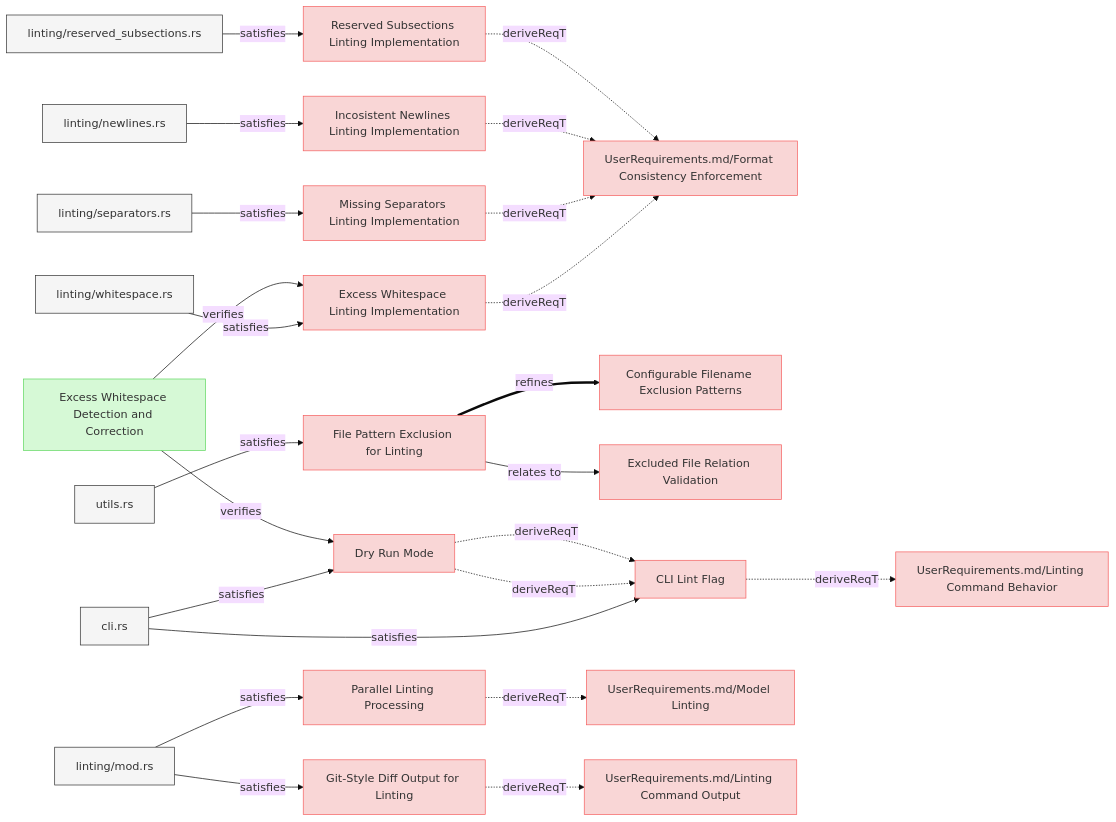
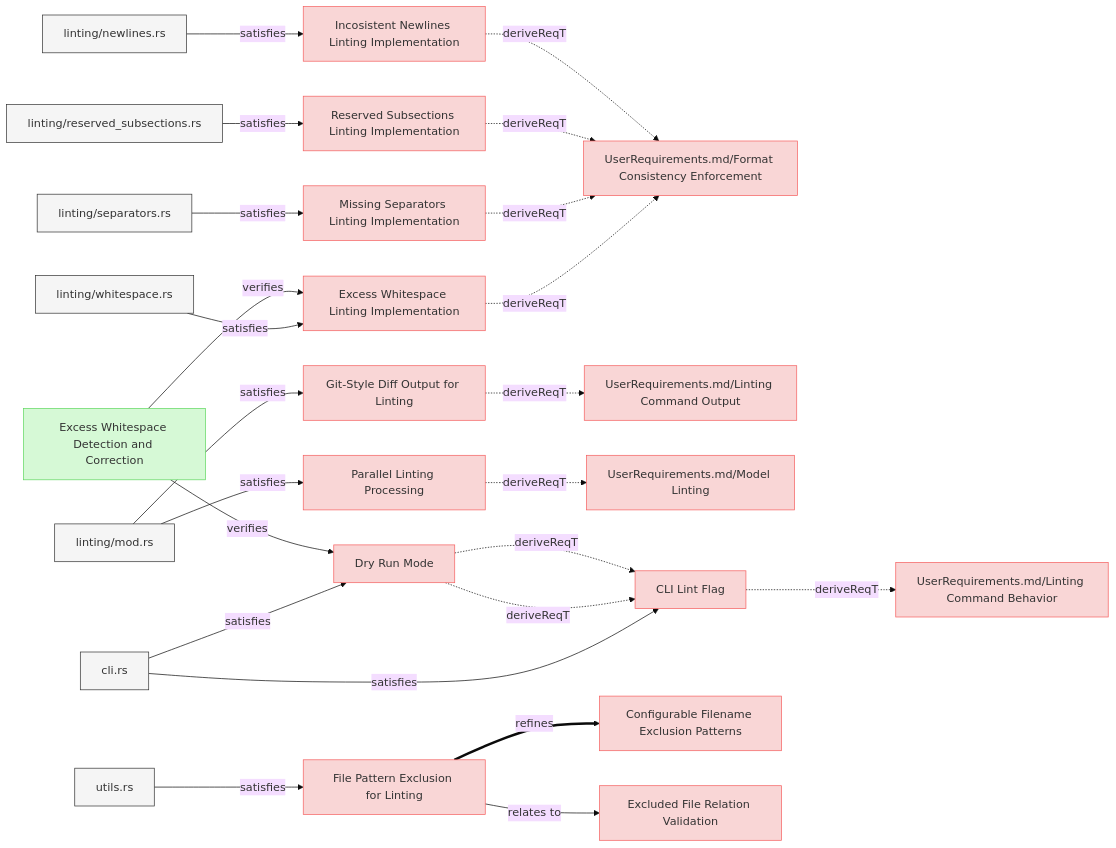
Before and after one commit to reqvire-org/reqvire: the first of 8 diagrams in specifications/SystemRequirements/Requirements.md, drawn with Mermaid (base theme). The commit also changed other lines of this file and 92 other files, not shown here.

````diff
--- a/specifications/SystemRequirements/Requirements.md
+++ b/specifications/SystemRequirements/Requirements.md
@@ -16,29 +16,33 @@
   class 81758bdb22 requirement;
   click 81758bdb22 "../UserRequirements.md#format-consistency-enforcement";
   3f3d3f9ccb -.->|deriveReqT| 81758bdb22;
-  defc3a45e2["linting/whitespace.rs"];
-  class defc3a45e2 default;
-  click defc3a45e2 "../../src/linting/whitespace.rs";
-  defc3a45e2 -->|satisfies| 3f3d3f9ccb;
+  bb06efd0b8["linting/whitespace.rs"];
+  class bb06efd0b8 default;
+  click bb06efd0b8 "../../core/src/linting/whitespace.rs";
+  bb06efd0b8 -->|satisfies| 3f3d3f9ccb;
   4cd0fe733f["Excess Whitespace Detection and Correction"];
   class 4cd0fe733f verification;
   click 4cd0fe733f "../Verifications/LintingTests.md#excess-whitespace-detection-and-correction";
   4cd0fe733f -->|verifies| 3f3d3f9ccb;
-  45770e9b31["File Pattern Exclusion for Linting"];
-  click 45770e9b31 "Requirements.md#file-pattern-exclusion-for-linting";
-  class 45770e9b31 requirement;
-  cc8128cae3["Configurable Filename Exclusion Patterns"];
-  class cc8128cae3 requirement;
-  click cc8128cae3 "Requirements.md#configurable-filename-exclusion-patterns";
-  45770e9b31 ==>|refines| cc8128cae3;
-  5962484230["utils.rs"];
-  class 5962484230 default;
-  click 5962484230 "../../src/utils.rs";
-  5962484230 -->|satisfies| 45770e9b31;
-  c5c85bedd1["Excluded File Relation Validation"];
-  class c5c85bedd1 requirement;
-  click c5c85bedd1 "Requirements.md#excluded-file-relation-validation";
-  45770e9b31 -->|relates to| c5c85bedd1;
+  63f1cd4974["Git-Style Diff Output for Linting"];
+  click 63f1cd4974 "Requirements.md#git-style-diff-output-for-linting";
+  class 63f1cd4974 requirement;
+  808b1863c8["UserRequirements.md/Linting Command Output"];
+  class 808b1863c8 requirement;
+  click 808b1863c8 "../UserRequirements.md#linting-command-output";
+  63f1cd4974 -.->|deriveReqT| 808b1863c8;
+  8b47697e4e["linting/mod.rs"];
+  class 8b47697e4e default;
+  click 8b47697e4e "../../core/src/linting/mod.rs";
+  8b47697e4e -->|satisfies| 63f1cd4974;
+  66aa36deca["Parallel Linting Processing"];
+  click 66aa36deca "Requirements.md#parallel-linting-processing";
+  class 66aa36deca requirement;
+  103ddb8dc3["UserRequirements.md/Model Linting"];
+  class 103ddb8dc3 requirement;
+  click 103ddb8dc3 "../UserRequirements.md#model-linting";
+  66aa36deca -.->|deriveReqT| 103ddb8dc3;
+  8b47697e4e -->|satisfies| 66aa36deca;
   fffbb22796["CLI Lint Flag"];
   click fffbb22796 "Requirements.md#cli-lint-flag";
   class fffbb22796 requirement;
@@ -46,10 +50,10 @@
   class 887a7d36ca requirement;
   click 887a7d36ca "../UserRequirements.md#linting-command";
   fffbb22796 -.->|deriveReqT| 887a7d36ca;
-  6b749da146["cli.rs"];
-  class 6b749da146 default;
-  click 6b749da146 "../../src/cli.rs";
-  6b749da146 -->|satisfies| fffbb22796;
+  11ffc4632a["cli.rs"];
+  class 11ffc4632a default;
+  click 11ffc4632a "../../cli/src/cli.rs";
+  11ffc4632a -->|satisfies| fffbb22796;
   8f2198f681["Dry Run Mode"];
   class 8f2198f681 requirement;
   click 8f2198f681 "Requirements.md#dry-run-mode";
@@ -58,46 +62,42 @@
   click dd0846393d "Requirements.md#missing-separators-linting-implementation";
   class dd0846393d requirement;
   dd0846393d -.->|deriveReqT| 81758bdb22;
-  b90e4bcdd6["linting/separators.rs"];
-  class b90e4bcdd6 default;
-  click b90e4bcdd6 "../../src/linting/separators.rs";
-  b90e4bcdd6 -->|satisfies| dd0846393d;
+  9abe404e42["linting/separators.rs"];
+  class 9abe404e42 default;
+  click 9abe404e42 "../../core/src/linting/separators.rs";
+  9abe404e42 -->|satisfies| dd0846393d;
+  193cd64638["Reserved Subsections Linting Implementation"];
+  click 193cd64638 "Requirements.md#reserved-subsections-linting-implementation";
+  class 193cd64638 requirement;
+  193cd64638 -.->|deriveReqT| 81758bdb22;
+  3aaafb0eaf["linting/reserved_subsections.rs"];
+  class 3aaafb0eaf default;
+  click 3aaafb0eaf "../../core/src/linting/indentation.rs";
+  3aaafb0eaf -->|satisfies| 193cd64638;
+  8f2198f681 -.->|deriveReqT| fffbb22796;
+  11ffc4632a -->|satisfies| 8f2198f681;
+  4cd0fe733f -->|verifies| 8f2198f681;
+  45770e9b31["File Pattern Exclusion for Linting"];
+  click 45770e9b31 "Requirements.md#file-pattern-exclusion-for-linting";
+  class 45770e9b31 requirement;
+  cc8128cae3["Configurable Filename Exclusion Patterns"];
+  class cc8128cae3 requirement;
+  click cc8128cae3 "Requirements.md#configurable-filename-exclusion-patterns";
+  45770e9b31 ==>|refines| cc8128cae3;
+  3189923c3f["utils.rs"];
+  class 3189923c3f default;
+  click 3189923c3f "../../core/src/utils.rs";
+  3189923c3f -->|satisfies| 45770e9b31;
+  c5c85bedd1["Excluded File Relation Validation"];
+  class c5c85bedd1 requirement;
+  click c5c85bedd1 "Requirements.md#excluded-file-relation-validation";
+  45770e9b31 -->|relates to| c5c85bedd1;
   f98ae394db["Incosistent Newlines Linting Implementation"];
   click f98ae394db "Requirements.md#incosistent-newlines-linting-implementation";
   class f98ae394db requirement;
   f98ae394db -.->|deriveReqT| 81758bdb22;
-  adb880afe2["linting/newlines.rs"];
-  class adb880afe2 default;
-  click adb880afe2 "../../src/linting/newlines.rs";
-  adb880afe2 -->|satisfies| f98ae394db;
-  193cd64638["Reserved Subsections Linting Implementation"];
-  click 193cd64638 "Requirements.md#reserved-subsections-linting-implementation";
-  class 193cd64638 requirement;
-  193cd64638 -.->|deriveReqT| 81758bdb22;
-  5604a53ad3["linting/reserved_subsections.rs"];
-  class 5604a53ad3 default;
-  click 5604a53ad3 "../../src/linting/indentation.rs";
-  5604a53ad3 -->|satisfies| 193cd64638;
-  66aa36deca["Parallel Linting Processing"];
-  click 66aa36deca "Requirements.md#parallel-linting-processing";
-  class 66aa36deca requirement;
-  103ddb8dc3["UserRequirements.md/Model Linting"];
-  class 103ddb8dc3 requirement;
-  click 103ddb8dc3 "../UserRequirements.md#model-linting";
-  66aa36deca -.->|deriveReqT| 103ddb8dc3;
-  3c61a8f8d3["linting/mod.rs"];
-  class 3c61a8f8d3 default;
-  click 3c61a8f8d3 "../../src/linting/mod.rs";
-  3c61a8f8d3 -->|satisfies| 66aa36deca;
-  63f1cd4974["Git-Style Diff Output for Linting"];
-  click 63f1cd4974 "Requirements.md#git-style-diff-output-for-linting";
-  class 63f1cd4974 requirement;
-  808b1863c8["UserRequirements.md/Linting Command Output"];
-  class 808b1863c8 requirement;
-  click 808b1863c8 "../UserRequirements.md#linting-command-output";
-  63f1cd4974 -.->|deriveReqT| 808b1863c8;
-  3c61a8f8d3 -->|satisfies| 63f1cd4974;
-  8f2198f681 -.->|deriveReqT| fffbb22796;
-  6b749da146 -->|satisfies| 8f2198f681;
-  4cd0fe733f -->|verifies| 8f2198f681;
+  b52472a7cc["linting/newlines.rs"];
+  class b52472a7cc default;
+  click b52472a7cc "../../core/src/linting/newlines.rs";
+  b52472a7cc -->|satisfies| f98ae394db;
 ```
````
